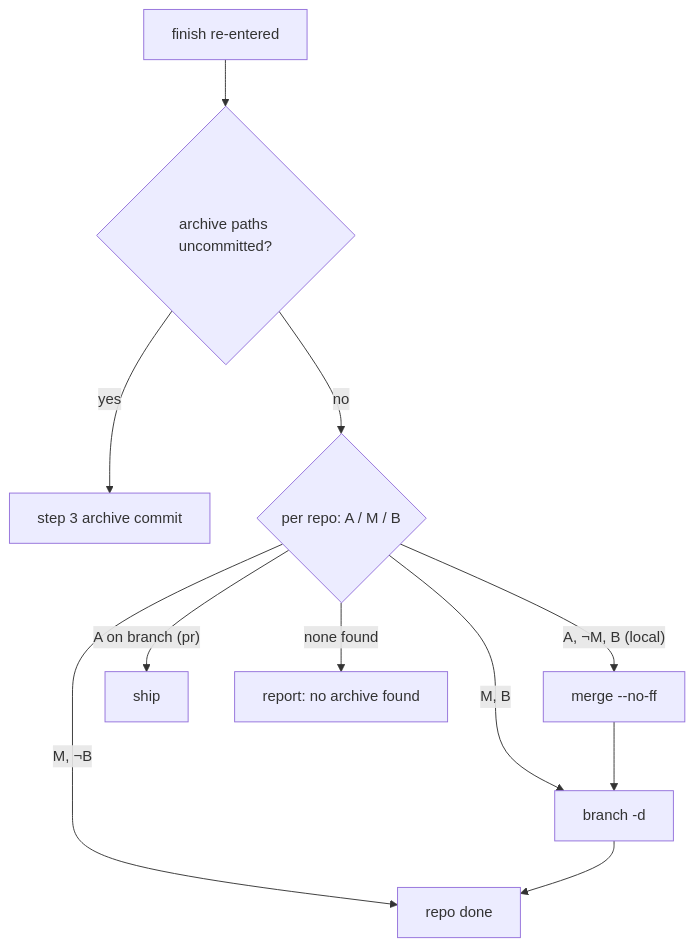
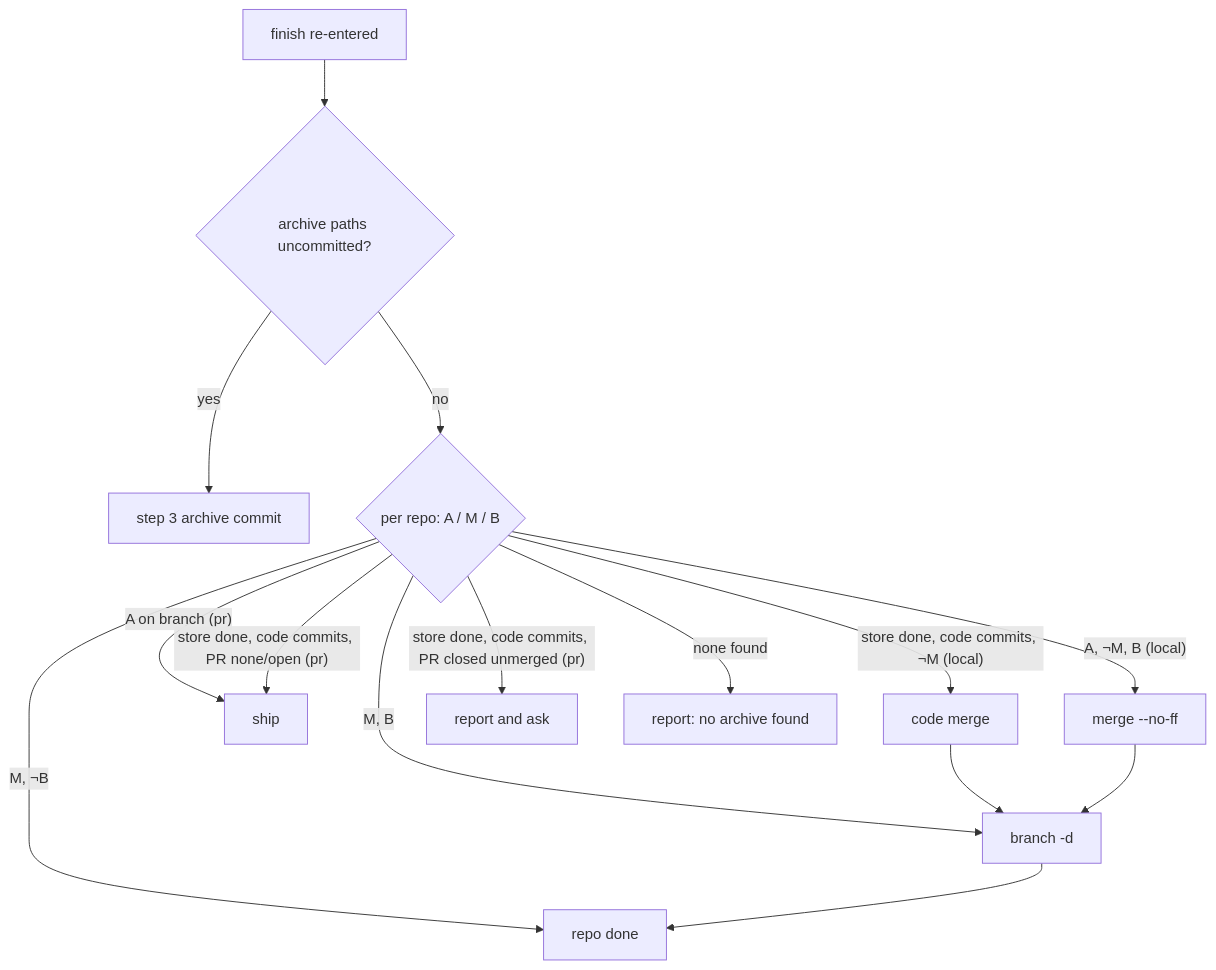
One commit to sh1ny/Specwright changed the third of 3 diagrams in openspec/changes/fix-workflow-recovery/design.md. Above: the diagram before and after it, drawn with Mermaid. The commit also changed other lines of this file, not shown here.

````diff
--- a/openspec/changes/fix-workflow-recovery/design.md
+++ b/openspec/changes/fix-workflow-recovery/design.md
@@ -203,12 +205,16 @@
 ```mermaid
 flowchart TD
     S[finish re-entered] --> D{archive paths uncommitted?}
     D -- yes --> C[step 3 archive commit]
     D -- no --> R{per repo: A / M / B}
     R -- "A, ¬M, B (local)" --> MG[merge --no-ff]
     R -- "M, B" --> DEL[branch -d]
     R -- "M, ¬B" --> OK[repo done]
     R -- "A on branch (pr)" --> SH[ship]
+    R -- "store done, code commits, ¬M (local)" --> CM[code merge]
+    R -- "store done, code commits, PR none/open (pr)" --> SH
+    R -- "store done, code commits, PR closed unmerged (pr)" --> ASK[report and ask]
+    CM --> DEL
     R -- "none found" --> NF[report: no archive found]
     MG --> DEL --> OK
 ```
````
